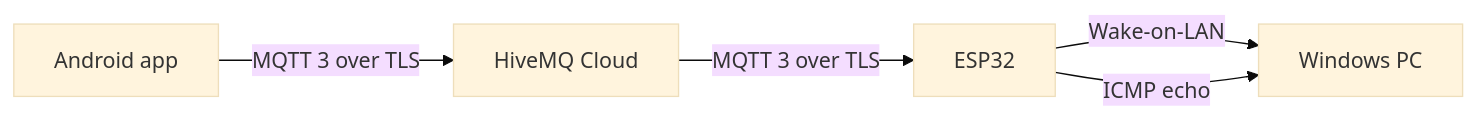
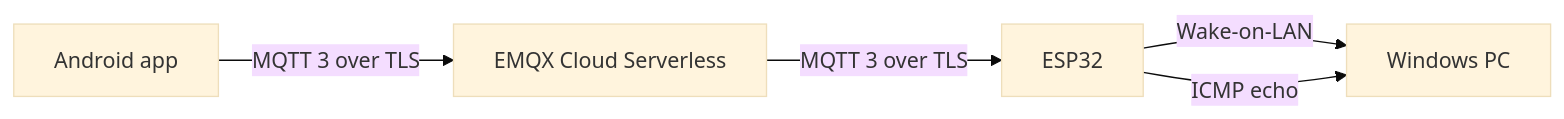
Before and after one commit to Shallange/WakeBridge-Android: the diagram in README.md, drawn with Mermaid (base theme). The commit also changed other lines of this file and 1 other file, not shown here.

````diff
--- a/README.md
+++ b/README.md
@@ -70,12 +70,12 @@
 ```mermaid
 flowchart LR
   Phone["Android app"]
-  Broker["HiveMQ Cloud"]
+  Broker["EMQX Cloud Serverless"]
   ESP["ESP32"]
   PC["Windows PC"]
 
   Phone -- "MQTT 3 over TLS" --> Broker
   Broker -- "MQTT 3 over TLS" --> ESP
   ESP -- "Wake-on-LAN" --> PC
   ESP -- "ICMP echo" --> PC
 ```
````
